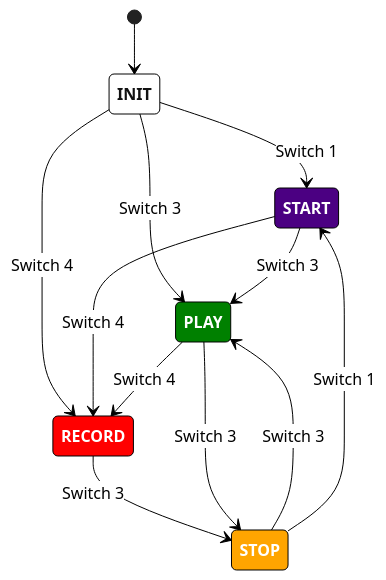
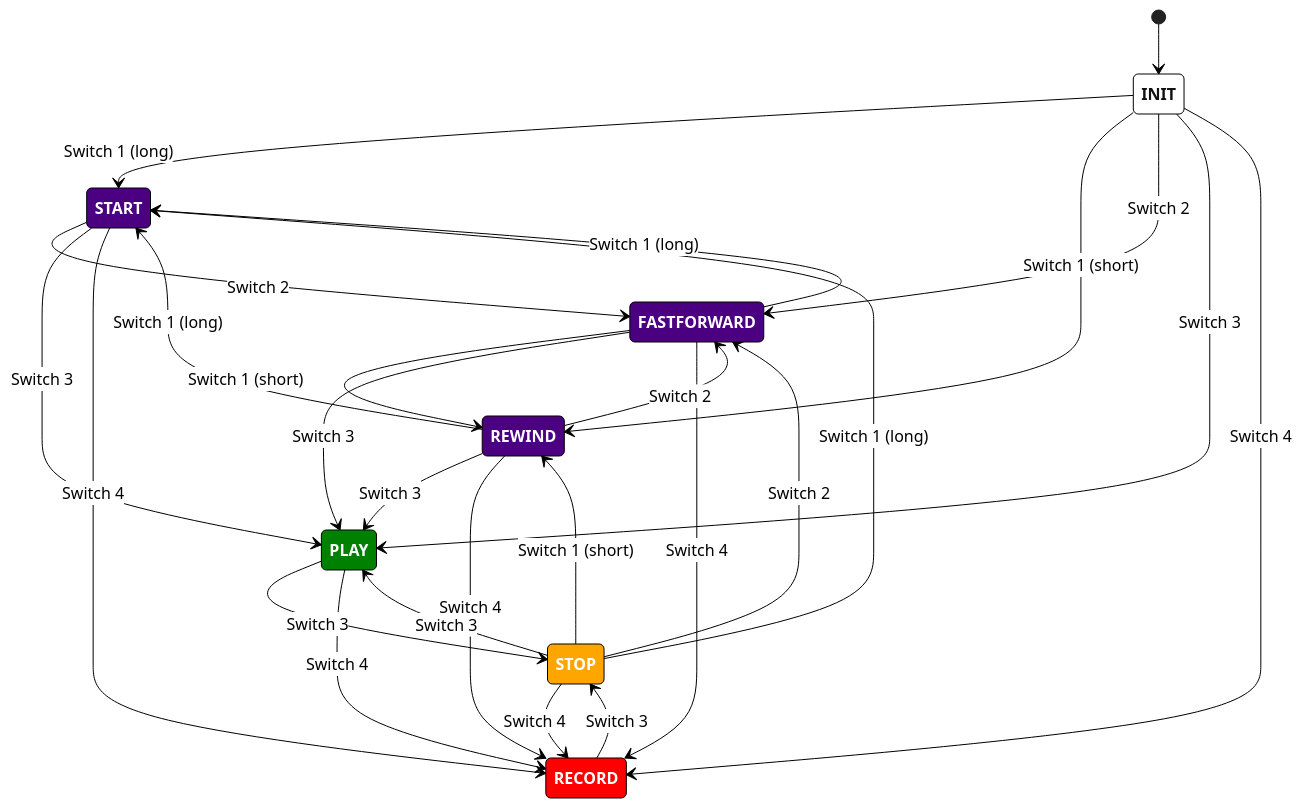
One commit to c-coyne/logic-pro-transport-controller changed the diagram in doc/design/system/StateDiagram.md. Above: the diagram before and after it, drawn with Mermaid (neutral theme). The commit also changed 7 other files, not shown here.

Commit message:
Changed functionality to match new state diagram w/ REWIND & FASTFORWARD features

````diff
--- a/doc/design/system/StateDiagram.md
+++ b/doc/design/system/StateDiagram.md
@@ -3,30 +3,50 @@
 ```mermaid
 stateDiagram-v2
     classDef init fill:white,font-weight:bold
     classDef start fill:indigo,color:white,font-weight:bold
+    classDef rewind fill:indigo,color:white,font-weight:bold
+    classDef fastforward fill:indigo,color:white,font-weight:bold
     classDef play fill:green,color:white,font-weight:bold
     classDef stop fill:orange,color:white,font-weight:bold
     classDef record fill:red,color:white,font-weight:bold
 
     [*] --> INIT
-    INIT --> START : Switch 1
-    INIT --> PLAY : Switch 3
-    INIT --> RECORD : Switch 4
-    
-    RECORD --> STOP: Switch 3
-
-    START --> PLAY : Switch 3
-    START --> RECORD : Switch 4
+    STOP --> START : Switch 1 (long)
+    STOP --> REWIND : Switch 1 (short)
+    STOP --> FASTFORWARD : Switch 2
+    STOP --> PLAY : Switch 3
+    STOP --> RECORD : Switch 4
 
     PLAY --> STOP : Switch 3
     PLAY --> RECORD : Switch 4
 
-    STOP --> PLAY : Switch 3
-    STOP --> START : Switch 1
+    RECORD --> STOP: Switch 3
+
+    START --> FASTFORWARD : Switch 2
+    START --> PLAY : Switch 3
+    START --> RECORD : Switch 4
+
+    INIT --> START : Switch 1 (long)
+    INIT --> REWIND : Switch 1 (short)
+    INIT --> FASTFORWARD : Switch 2
+    INIT --> PLAY : Switch 3
+    INIT --> RECORD : Switch 4
+    
+    REWIND --> START : Switch 1 (long)
+    REWIND --> FASTFORWARD : Switch 2
+    REWIND --> PLAY : Switch 3
+    REWIND --> RECORD : Switch 4
+
+    FASTFORWARD --> REWIND : Switch 1 (short)
+    FASTFORWARD --> START : Switch 1 (long)
+    FASTFORWARD --> PLAY : Switch 3
+    FASTFORWARD --> RECORD : Switch 4
 
     class INIT init
     class START start
+    class REWIND rewind
+    class FASTFORWARD fastforward
     class PLAY play
     class STOP stop
     class RECORD record
 ```
````
